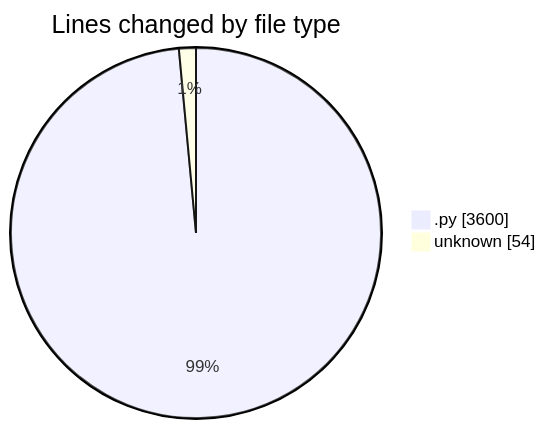
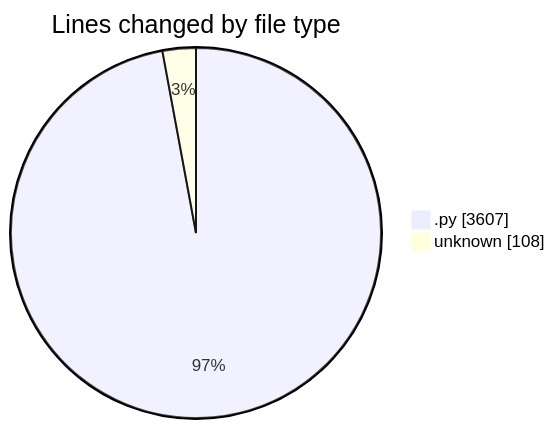
Before and after one commit to julien-gomy/code-tracking: the first of 2 diagrams in 2025-11-21/eventscop-api-guide__workspace_/README.md, drawn with Mermaid. The commit also changed other lines of this file and 1 other file, not shown here.

````diff
--- a/2025-11-21/eventscop-api-guide__workspace_/README.md
+++ b/2025-11-21/eventscop-api-guide__workspace_/README.md
@@ -38,6 +38,6 @@
 ```mermaid
 pie showData
 title Lines changed by file type
-".py" : 3600
-"unknown" : 54
+".py" : 3607
+"unknown" : 108
 ```
````
